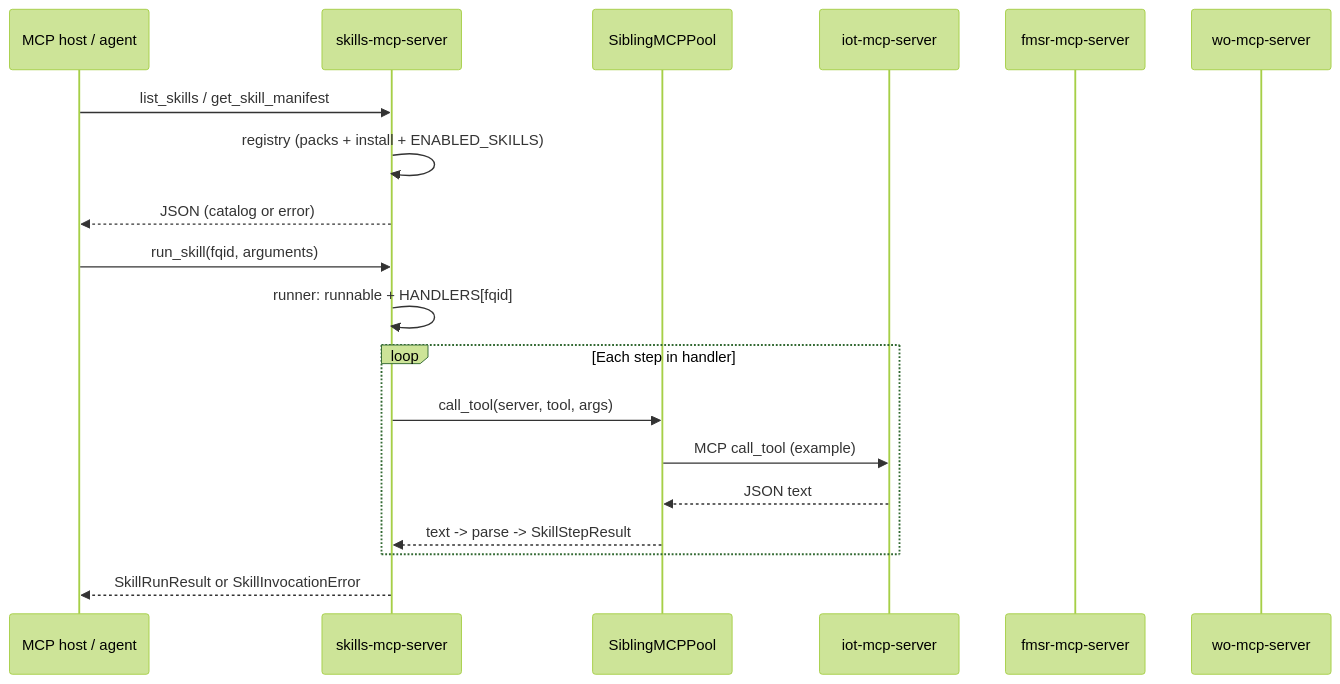
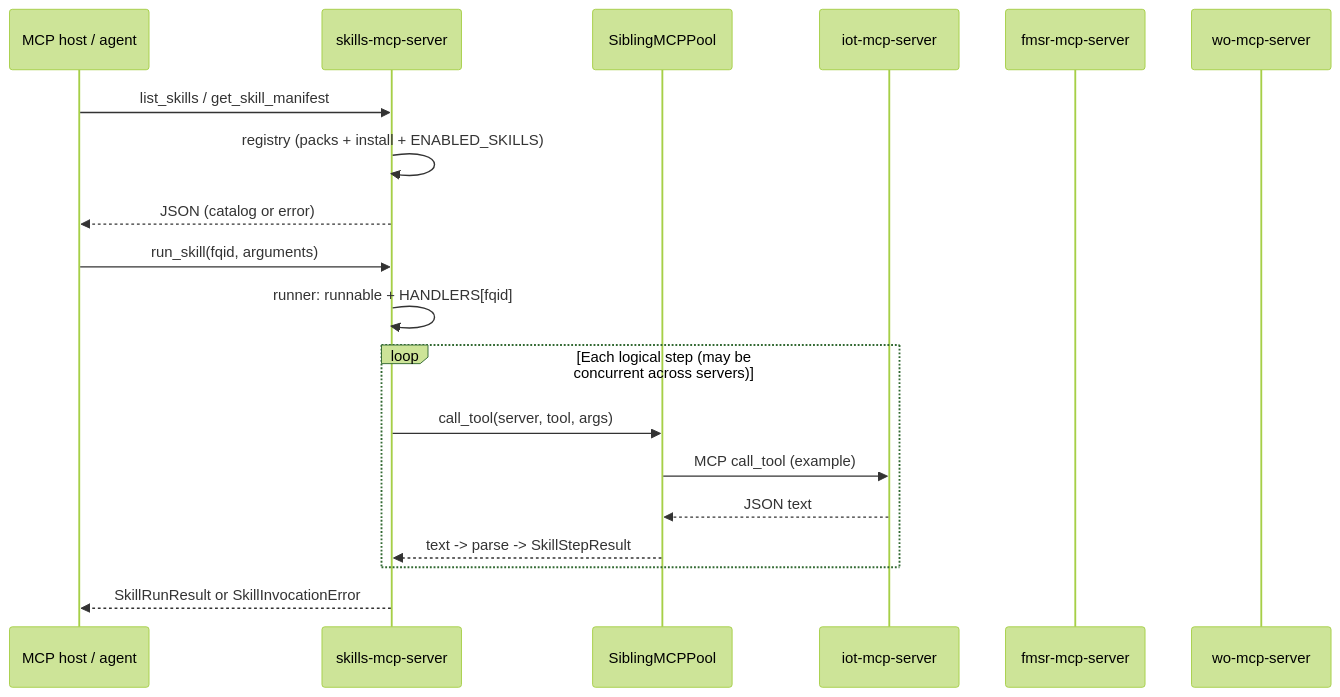
One commit to kmn01/AssetOpsBench changed the diagram in docs/Skills_MCP_Server_Documentation.md. Above: the diagram before and after it, drawn with Mermaid (forest theme). The commit also changed other lines of this file and 22 other files, not shown here.

````diff
--- a/docs/Skills_MCP_Server_Documentation.md
+++ b/docs/Skills_MCP_Server_Documentation.md
@@ -57,23 +150,23 @@
 ```mermaid
 sequenceDiagram
     participant Host as MCP host / agent
     participant Skills as skills-mcp-server
     participant Pool as SiblingMCPPool
     participant IoT as iot-mcp-server
     participant FMSR as fmsr-mcp-server
     participant WO as wo-mcp-server
 
     Host->>Skills: list_skills / get_skill_manifest
     Skills->>Skills: registry (packs + install + ENABLED_SKILLS)
     Skills-->>Host: JSON (catalog or error)
 
     Host->>Skills: run_skill(fqid, arguments)
     Skills->>Skills: runner: runnable + HANDLERS[fqid]
-    loop Each step in handler
+    loop Each logical step (may be concurrent across servers)
         Skills->>Pool: call_tool(server, tool, args)
         Pool->>IoT: MCP call_tool (example)
         IoT-->>Pool: JSON text
         Pool-->>Skills: text -> parse -> SkillStepResult
     end
     Skills-->>Host: SkillRunResult or SkillInvocationError
 ```
````
